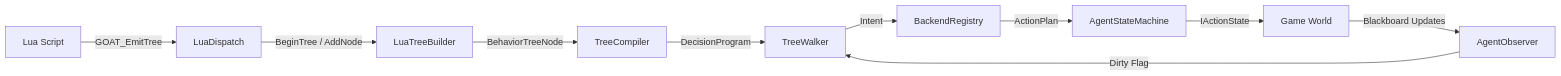
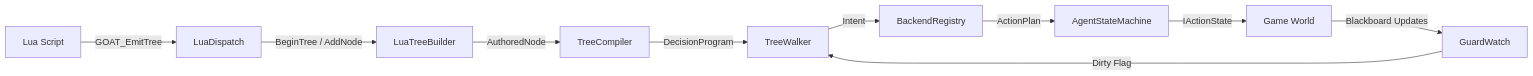
Before and after one commit to jabbadablack/G.O.A.T: the second of 5 diagrams in Docs/01 - Architecture/Layered Overview.md, drawn with Mermaid. The commit also changed other lines of this file and 44 other files, not shown here.

````diff
--- a/Docs/01 - Architecture/Layered Overview.md
+++ b/Docs/01 - Architecture/Layered Overview.md
@@ -66,12 +66,12 @@
 ```mermaid
 graph LR
     L[Lua Script] -->|GOAT_EmitTree| D[LuaDispatch]
     D -->|BeginTree / AddNode| B[LuaTreeBuilder]
-    B -->|BehaviorTreeNode| C[TreeCompiler]
+    B -->|AuthoredNode| C[TreeCompiler]
     C -->|DecisionProgram| W[TreeWalker]
     W -->|Intent| K[BackendRegistry]
     K -->|ActionPlan| R[AgentStateMachine]
     R -->|IActionState| A[Game World]
-    A -->|Blackboard Updates| O[AgentObserver]
+    A -->|Blackboard Updates| O[GuardWatch]
     O -->|Dirty Flag| W
 ```
````
